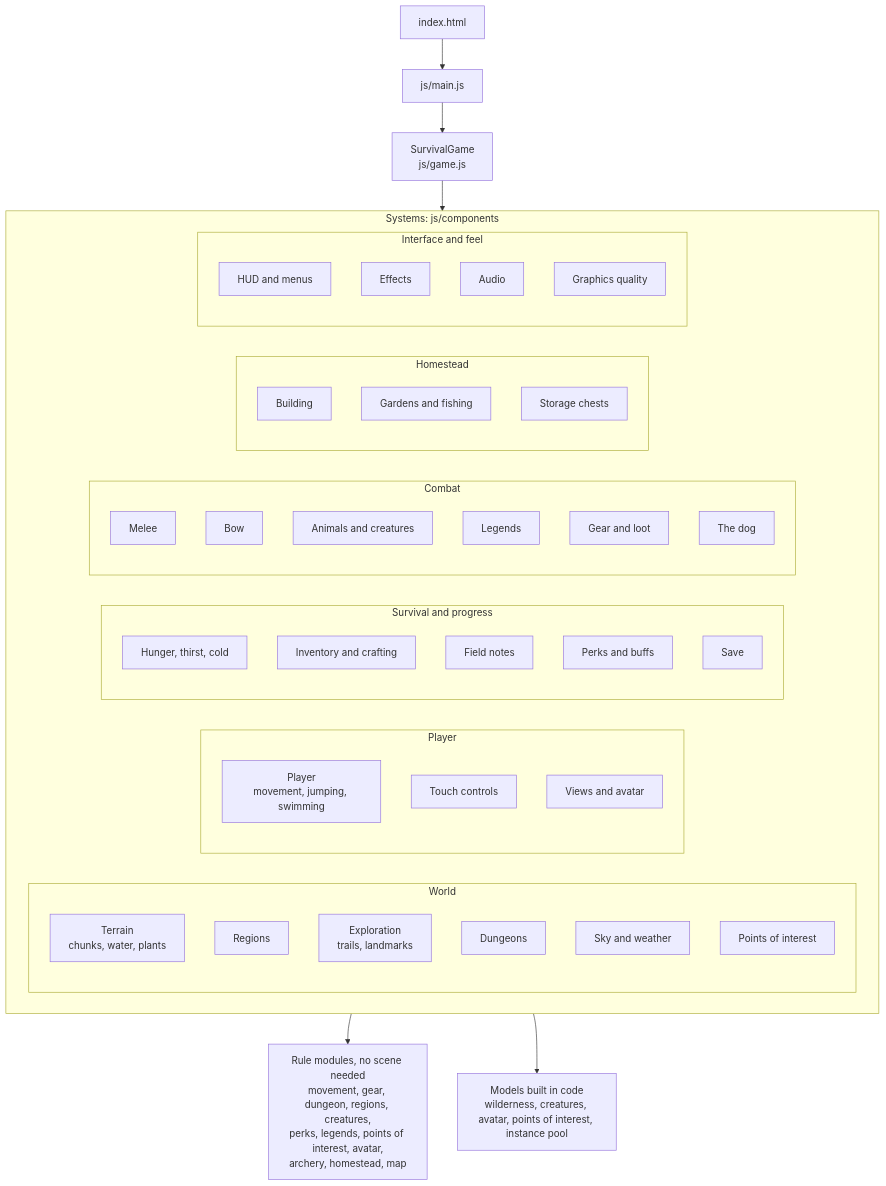
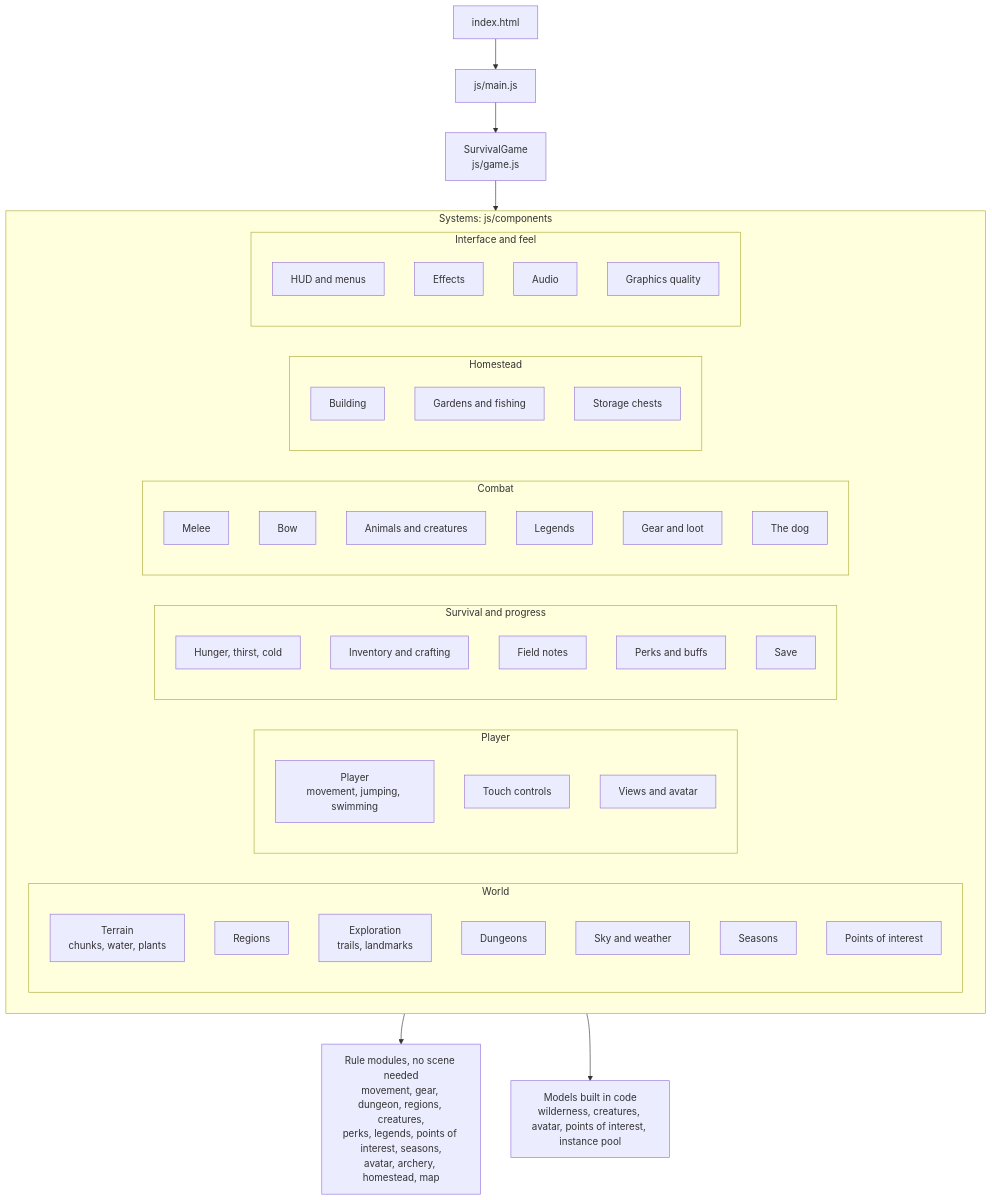
Before and after one commit to CptNope/Survival-Game: the third of 5 diagrams in README.md, drawn with Mermaid. The commit also changed other lines of this file and 24 other files, not shown here.

First line of the commit message:
Add seasons: a twelve-day year that changes the land, the weather and the rules

````diff
--- a/README.md
+++ b/README.md
@@ -341,61 +367,62 @@
 ```mermaid
 flowchart TD
     index["index.html"] --> main["js/main.js"] --> game["SurvivalGame<br/>js/game.js"]
 
     game --> systems
 
     subgraph systems["Systems: js/components"]
         direction LR
         subgraph world["World"]
             terrain["Terrain<br/>chunks, water, plants"]
             regions["Regions"]
             exploration["Exploration<br/>trails, landmarks"]
             dungeon["Dungeons"]
             sky["Sky and weather"]
+            seasons["Seasons"]
             pois["Points of interest"]
         end
 
         subgraph player["Player"]
             playersys["Player<br/>movement, jumping, swimming"]
             touch["Touch controls"]
             view["Views and avatar"]
         end
 
         subgraph life["Survival and progress"]
             survival["Hunger, thirst, cold"]
             inventory["Inventory and crafting"]
             progression["Field notes"]
             perks["Perks and buffs"]
             save["Save"]
         end
 
         subgraph fight["Combat"]
             combat["Melee"]
             archery["Bow"]
             animals["Animals and creatures"]
             legends["Legends"]
             gear["Gear and loot"]
             companion["The dog"]
         end
 
         subgraph home["Homestead"]
             building["Building"]
             gardens["Gardens and fishing"]
             storage["Storage chests"]
         end
 
         subgraph face["Interface and feel"]
             ui["HUD and menus"]
             effects["Effects"]
             audio["Audio"]
             quality["Graphics quality"]
         end
 
     end
 
     systems --> rules
     systems --> models
 
-    rules["Rule modules, no scene needed<br/>movement, gear, dungeon, regions, creatures,<br/>perks, legends, points of interest, avatar,<br/>archery, homestead, map"]
+    rules["Rule modules, no scene needed<br/>movement, gear, dungeon, regions, creatures,<br/>perks, legends, points of interest, seasons,<br/>avatar, archery, homestead, map"]
     models["Models built in code<br/>wilderness, creatures, avatar, points of interest, instance pool"]
 ```
````
